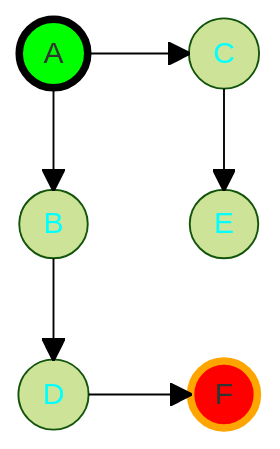
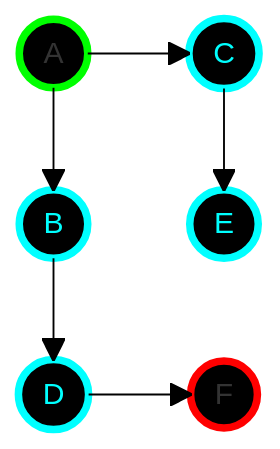
Before and after one commit to BradleyGilden/DSA-Practice: the first of 2 diagrams in Graphs/DFS_BFS/README.md, drawn with Mermaid (forest theme). The commit also changed other lines of this file, not shown here.

````diff
--- a/Graphs/DFS_BFS/README.md
+++ b/Graphs/DFS_BFS/README.md
@@ -7,17 +7,22 @@
 ```mermaid
   block-beta
   columns 3
   A(("&nbsp;&nbsp;A&nbsp;&nbsp;")) space C(("<font color='cyan'>&nbsp;&nbsp;C&nbsp;&nbsp;</font>"))
   space space space
   B(("<font color='cyan'>&nbsp;&nbsp;B&nbsp;&nbsp;</font>")) space E(("<font color='cyan'>&nbsp;&nbsp;E&nbsp;&nbsp;</font>"))
   space space space
   D(("<font color='cyan'>&nbsp;&nbsp;D&nbsp;&nbsp;</font>")) space F(("&nbsp;&nbsp;F&nbsp;&nbsp;"))
   A-->C
   C-->E
   A-->B
   D-->F
   B-->D
 
-  style A fill:lime,stroke:black,stroke-width:4px,color:black
-  style F fill:red,stroke:orange,stroke-width:4px,color:white
+  style A fill:black,stroke:lime,stroke-width:4px,color:lime
+  style F fill:black,stroke:red,stroke-width:4px,color:red
+
+  style B fill:black,stroke:cyan,stroke-width:4px,color:cyan
+  style C fill:black,stroke:cyan,stroke-width:4px,color:cyan
+  style D fill:black,stroke:cyan,stroke-width:4px,color:cyan
+  style E fill:black,stroke:cyan,stroke-width:4px,color:cyan
 ```
````
